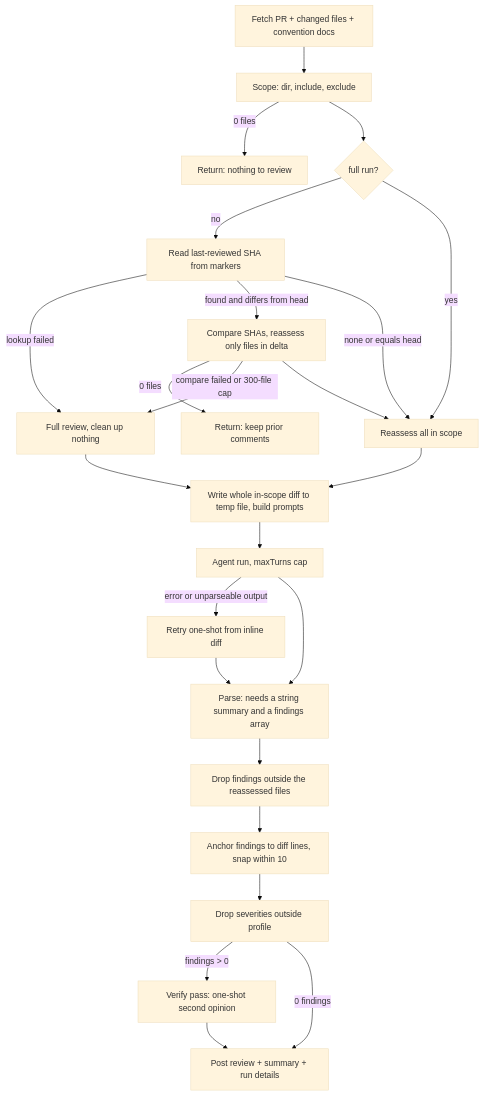
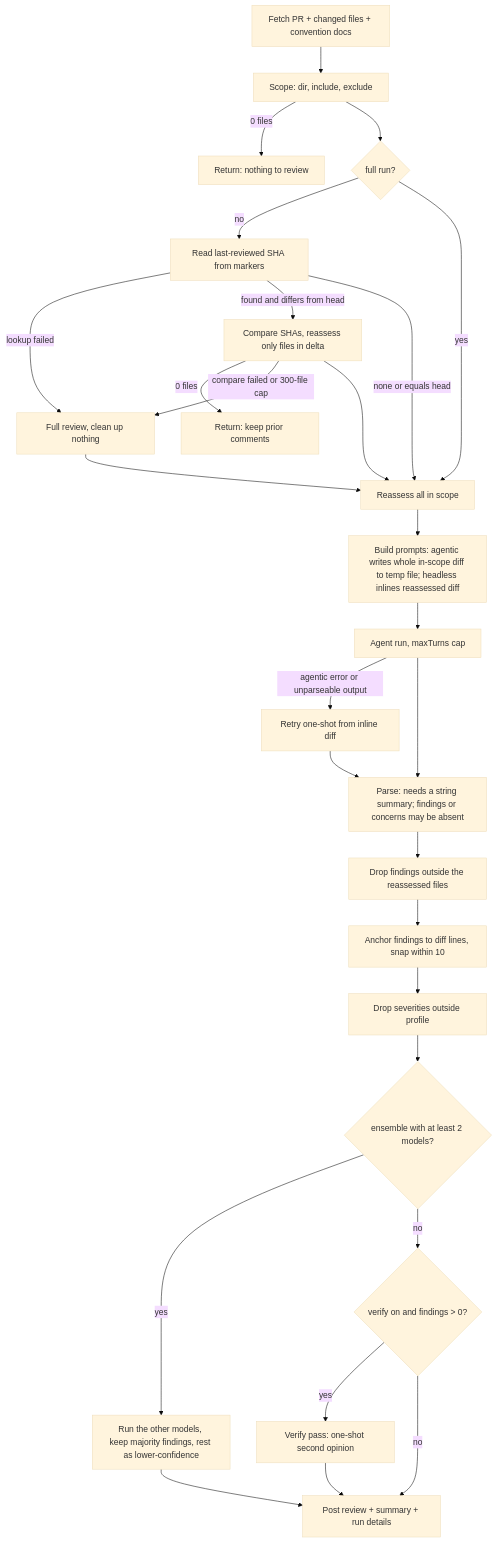
One commit to anish-inf/loupe changed the first of 2 diagrams in docs/how-it-works/review-run.md. Above: the diagram before and after it, drawn with Mermaid (base theme). The commit also changed other lines of this file and 3 other files, not shown here.

Commit message:
docs: update Mermaid diagrams

````diff
--- a/docs/how-it-works/review-run.md
+++ b/docs/how-it-works/review-run.md
@@ -8,26 +8,30 @@
 ```mermaid
 flowchart TD
     A[Fetch PR + changed files + convention docs] --> B[Scope: dir, include, exclude]
     B -->|0 files| Z1[Return: nothing to review]
     B --> C{full run?}
     C -->|no| D[Read last-reviewed SHA from markers]
     D -->|lookup failed| U[Full review, clean up nothing]
     D -->|found and differs from head| E[Compare SHAs, reassess only files in delta]
     E -->|0 files| Z2[Return: keep prior comments]
     E -->|compare failed or 300-file cap| U
     D -->|none or equals head| F
     C -->|yes| F[Reassess all in scope]
     E --> F
-    U --> G
-    F --> G[Write whole in-scope diff to temp file, build prompts]
+    U --> F
+    F --> G[Build prompts: agentic writes whole in-scope diff to temp file; headless inlines reassessed diff]
     G --> H[Agent run, maxTurns cap]
-    H -->|error or unparseable output| H2[Retry one-shot from inline diff]
-    H --> I[Parse: needs a string summary and a findings array]
+    H -->|agentic error or unparseable output| H2[Retry one-shot from inline diff]
+    H --> I[Parse: needs a string summary; findings or concerns may be absent]
     H2 --> I
     I --> I2[Drop findings outside the reassessed files]
     I2 --> J[Anchor findings to diff lines, snap within 10]
     J --> K[Drop severities outside profile]
-    K -->|findings > 0| L[Verify pass: one-shot second opinion]
-    K -->|0 findings| M
+    K --> ENS{ensemble with at least 2 models?}
+    ENS -->|yes| ENS2[Run the other models, keep majority findings, rest as lower-confidence]
+    ENS -->|no| V{verify on and findings > 0?}
+    V -->|yes| L[Verify pass: one-shot second opinion]
+    V -->|no| M
+    ENS2 --> M
     L --> M[Post review + summary + run details]
 ```
````
